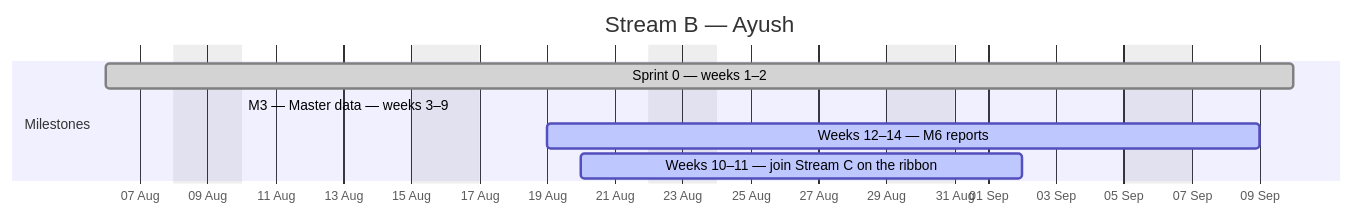
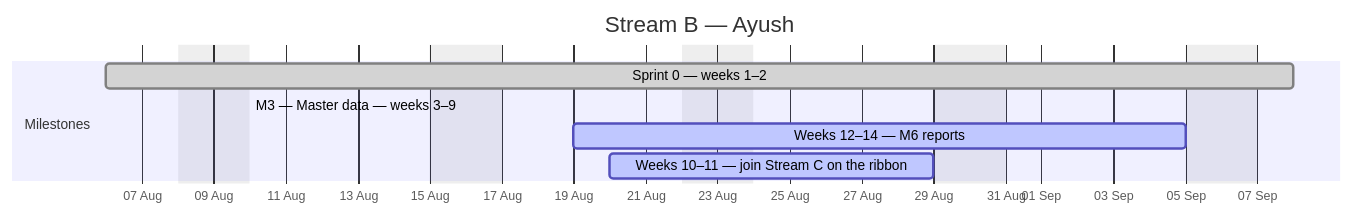
One commit to debashisedunext/EduTrack changed the second of 4 diagrams in docs/plan/GANTT.md. Above: the diagram before and after it, drawn with Mermaid. The commit also changed other lines of this file and 3 other files, not shown here.

````diff
--- a/docs/plan/GANTT.md
+++ b/docs/plan/GANTT.md
@@ -102,12 +102,12 @@
 ```mermaid
 gantt
     dateFormat YYYY-MM-DD
     axisFormat %d %b
     title Stream B — Ayush
     excludes weekends
     section Milestones
-    Sprint 0 — weeks 1–2 :done, b0, 2026-08-06, 25d
+    Sprint 0 — weeks 1–2 :done, b0, 2026-08-06, 23d
     M3 — Master data — weeks 3–9 :active, b1, 2026-08-10, -9d
-    Weeks 12–14 — M6 reports :active, b2, 2026-08-19, 15d
-    Weeks 10–11 — join Stream C on the ribbon :active, b3, 2026-08-20, 9d
+    Weeks 12–14 — M6 reports :active, b2, 2026-08-19, 13d
+    Weeks 10–11 — join Stream C on the ribbon :active, b3, 2026-08-20, 7d
 ```
````
